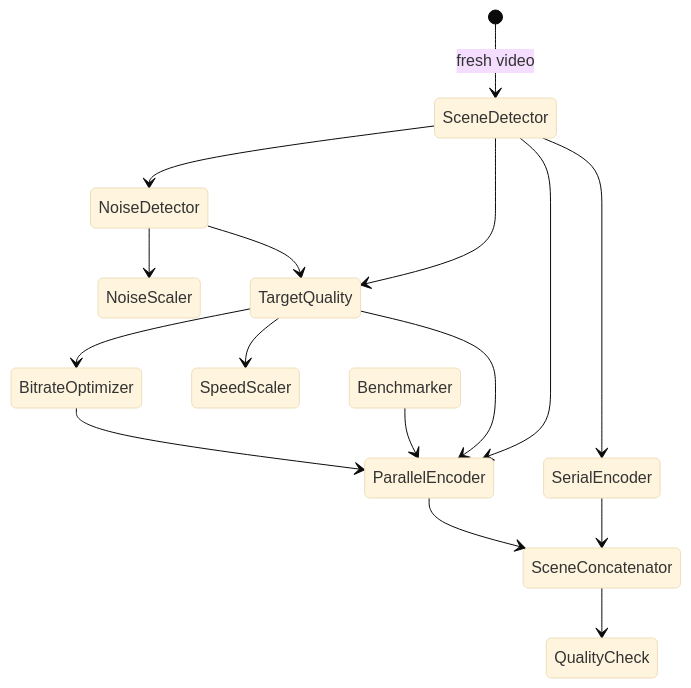
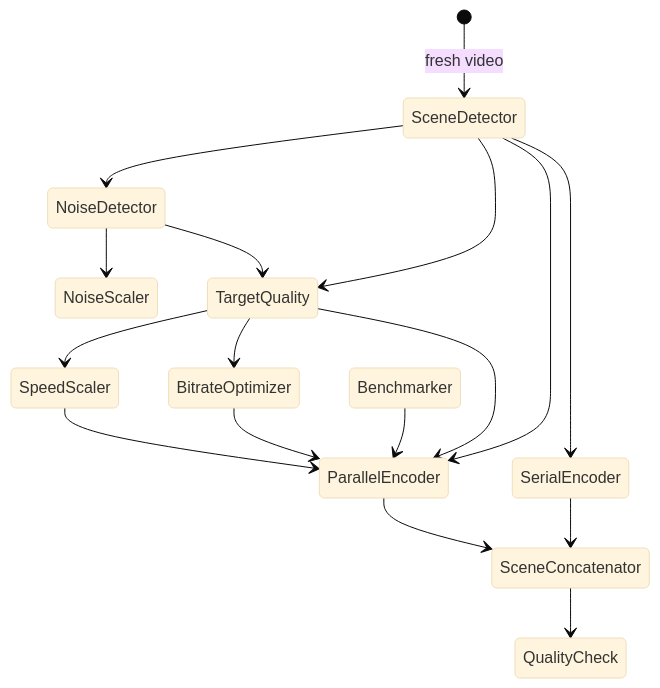
One commit to Av1ation-Association/Av1ation-Station changed the first of 2 diagrams in docs/backend.md. Above: the diagram before and after it, drawn with Mermaid (base theme). The commit also changed other lines of this file and 45 other files, not shown here.

Commit message:
docs: refresh architecture and delivery docs

````diff
--- a/docs/backend.md
+++ b/docs/backend.md
@@ -153,18 +242,19 @@
 ```mermaid
 stateDiagram-v2
     [*] --> SceneDetector: fresh video
     SceneDetector --> NoiseDetector
     SceneDetector --> TargetQuality
     SceneDetector --> ParallelEncoder
     SceneDetector --> SerialEncoder
     NoiseDetector --> NoiseScaler
     NoiseDetector --> TargetQuality
+    TargetQuality --> SpeedScaler
     TargetQuality --> BitrateOptimizer
-    TargetQuality --> SpeedScaler
     TargetQuality --> ParallelEncoder
+    SpeedScaler --> ParallelEncoder
     BitrateOptimizer --> ParallelEncoder
     ParallelEncoder --> SceneConcatenator
     SerialEncoder --> SceneConcatenator
     SceneConcatenator --> QualityCheck
     Benchmarker --> ParallelEncoder
 ```
````
